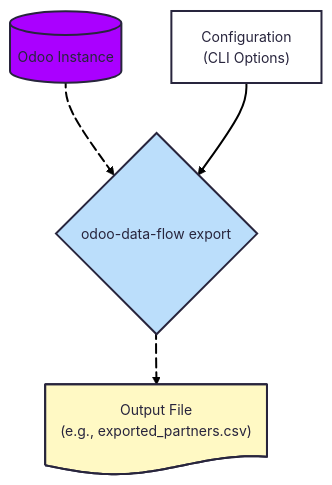
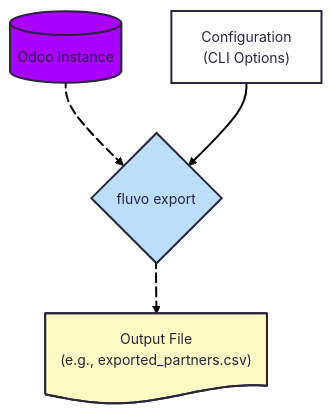
Before and after one commit to GetFluvo/fluvo: the fifth of 5 diagrams in docs/core_concepts.md, drawn with Mermaid. The commit also changed other lines of this file and 144 other files, not shown here.

Commit message:
Rebrand odoo-data-flow → Fluvo; add LGPL attribution (odoo_csv_import) & CLA

````diff
--- a/docs/core_concepts.md
+++ b/docs/core_concepts.md
@@ -225,17 +225,17 @@
 ```{mermaid}
 ---
 config:
   theme: redux
 ---
 flowchart TD
-    ExportA["Odoo Instance"] L_ExportA_ExportB_0@--> ExportB{"odoo-data-flow export"}
+    ExportA["Odoo Instance"] L_ExportA_ExportB_0@--> ExportB{"fluvo export"}
     ExportC["Configuration<br>(CLI Options)"] --> ExportB
     ExportB L_ExportB_ExportD_0@--> ExportD["Output File<br>(e.g., exported_partners.csv)"]
     ExportA@{ shape: cyl}
     ExportD@{ shape: doc}
     style ExportA fill:#AA00FF
     style ExportB fill:#BBDEFB
     style ExportD fill:#FFF9C4
     L_ExportA_ExportB_0@{ animation: slow }
     L_ExportB_ExportD_0@{ animation: slow }
 ```
````
